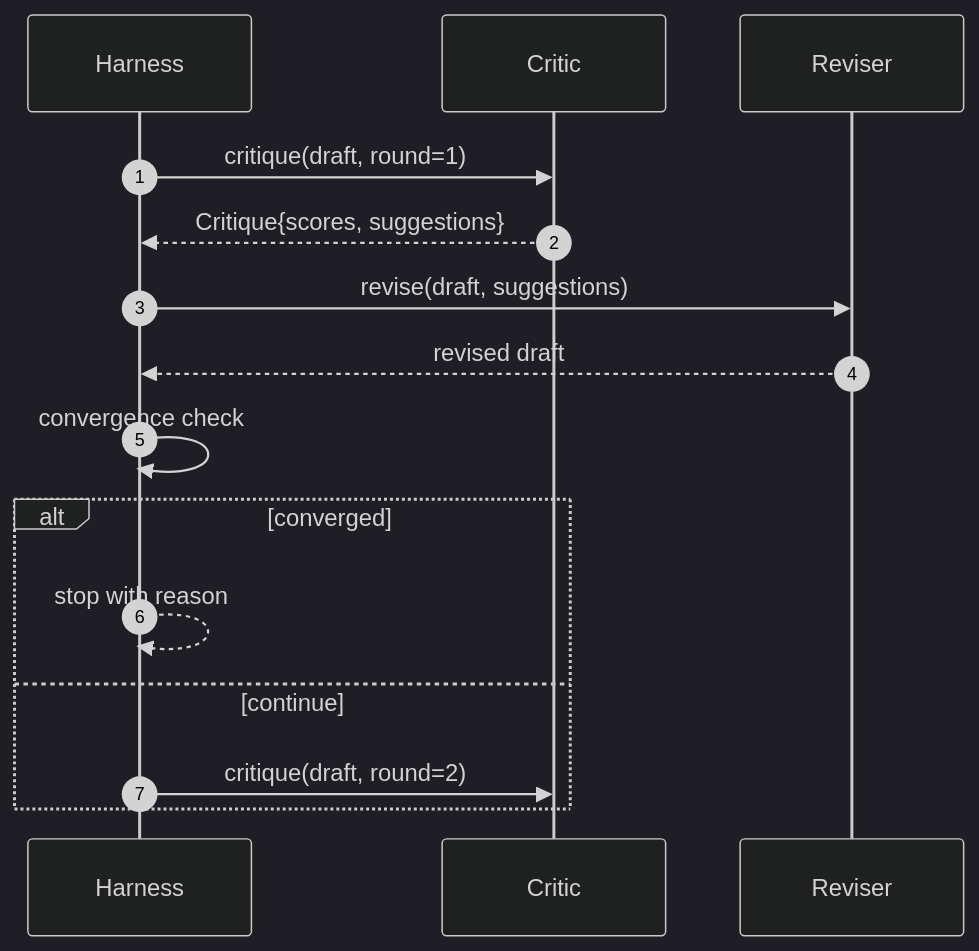
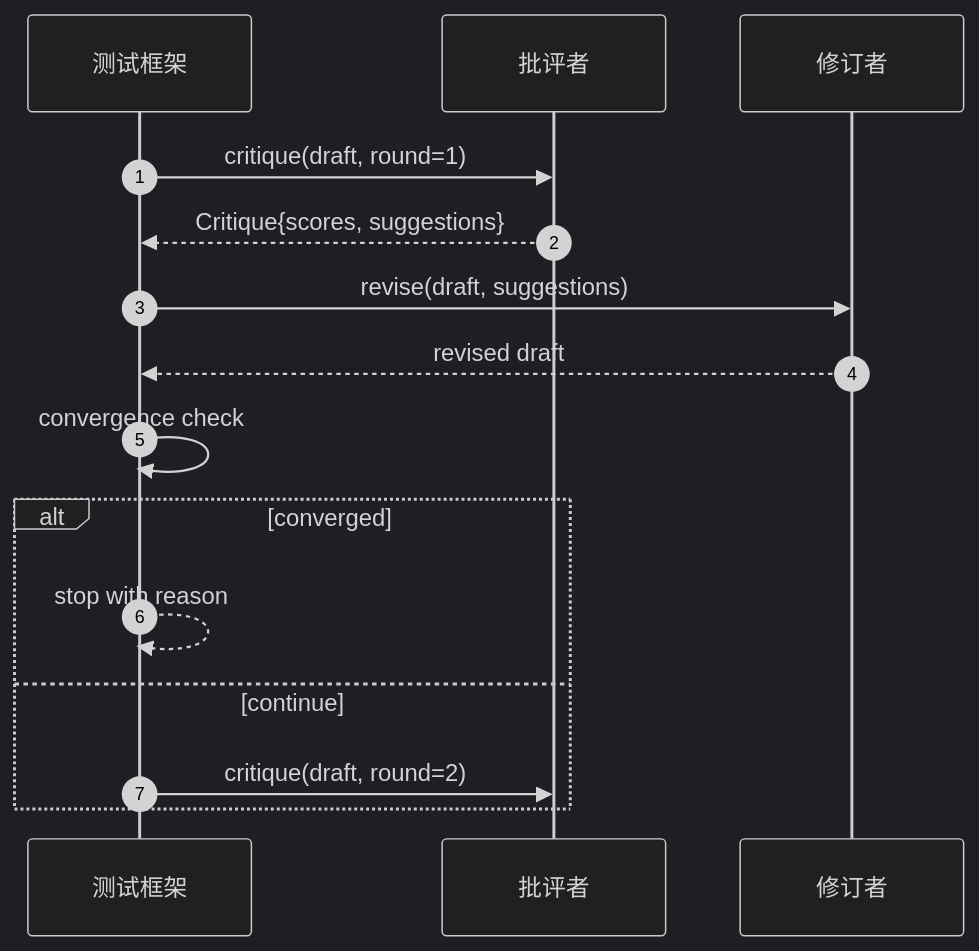
One commit to guangningsun/ailearning changed the fourth of 4 diagrams in lessons/19-capstone-projects/55-critic-loop/docs/zh.md. Above: the diagram before and after it, drawn with Mermaid (dark theme). The commit also changed other lines of this file and 85 other files, not shown here.

````diff
--- a/lessons/19-capstone-projects/55-critic-loop/docs/zh.md
+++ b/lessons/19-capstone-projects/55-critic-loop/docs/zh.md
@@ -90,17 +90,17 @@
 ```mermaid
 sequenceDiagram
     autonumber
-    participant H as Harness
-    participant C as Critic
-    participant R as Reviser
+    participant H as 测试框架
+    participant C as 批评者
+    participant R as 修订者
     H->>C: critique(draft, round=1)
     C-->>H: Critique{scores, suggestions}
     H->>R: revise(draft, suggestions)
     R-->>H: revised draft
     H->>H: convergence check
     alt converged
         H-->>H: stop with reason
     else continue
         H->>C: critique(draft, round=2)
     end
 ```
````
